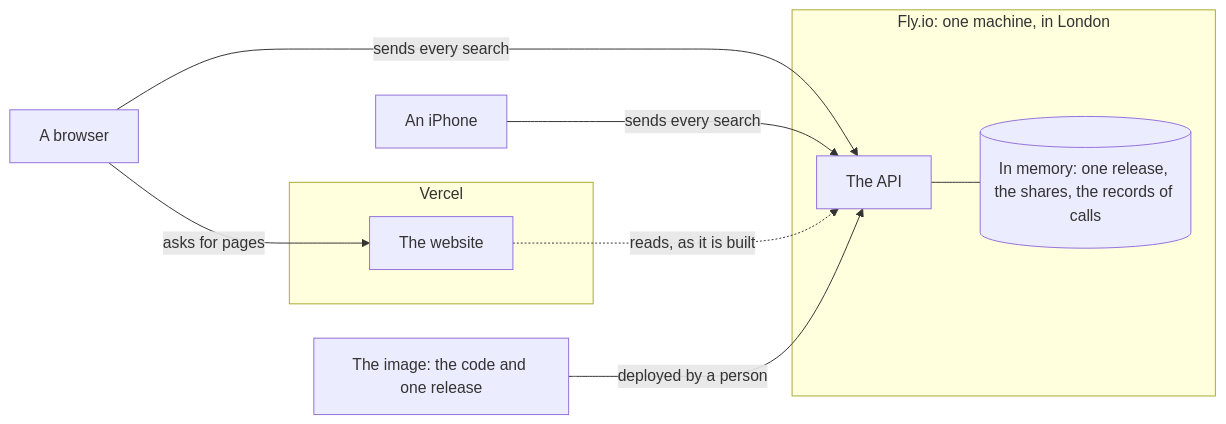
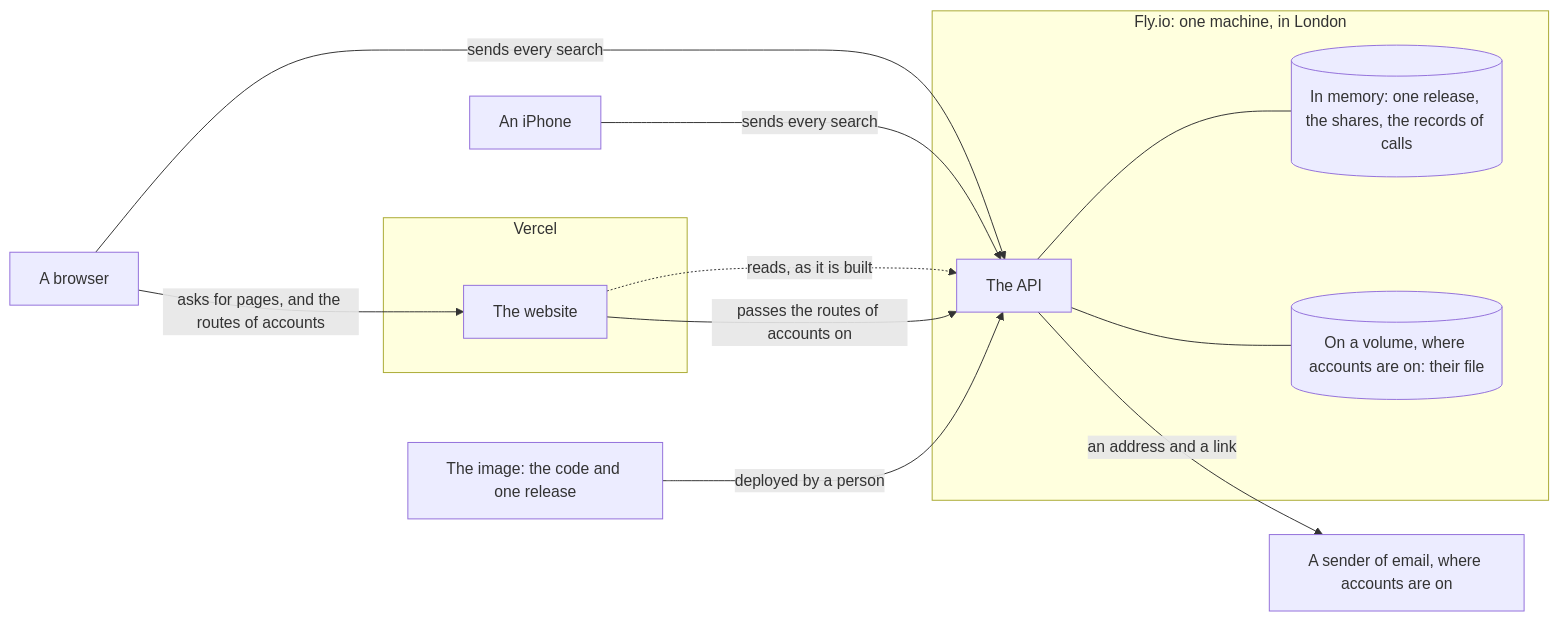
The first of 4 diagrams in docs/architecture.md (muscaglar/burro), drawn with Mermaid before and after one commit. The commit also changed other lines of this file and 49 other files, not shown here.

Commit message:
Write down what was decided and built: the look, the words, a search that asks nothing, a visit and accounts

````diff
--- a/docs/architecture.md
+++ b/docs/architecture.md
@@ -9,19 +9,24 @@
 ```mermaid
 flowchart LR
     browser["A browser"]
     phone["An iPhone"]
     subgraph vercel["Vercel"]
         web["The website"]
     end
     subgraph fly["Fly.io: one machine, in London"]
         api["The API"]
         held[("In memory: one release, the shares, the records of calls")]
+        file[("On a volume, where accounts are on: their file")]
         api --- held
+        api --- file
     end
     image["The image: the code and one release"]
-    browser -->|"asks for pages"| web
+    sender["A sender of email, where accounts are on"]
+    browser -->|"asks for pages, and the routes of accounts"| web
     browser -->|"sends every search"| api
     phone -->|"sends every search"| api
     web -.->|"reads, as it is built"| api
+    web -->|"passes the routes of accounts on"| api
+    api -->|"an address and a link"| sender
     image -->|"deployed by a person"| api
 ```
````
